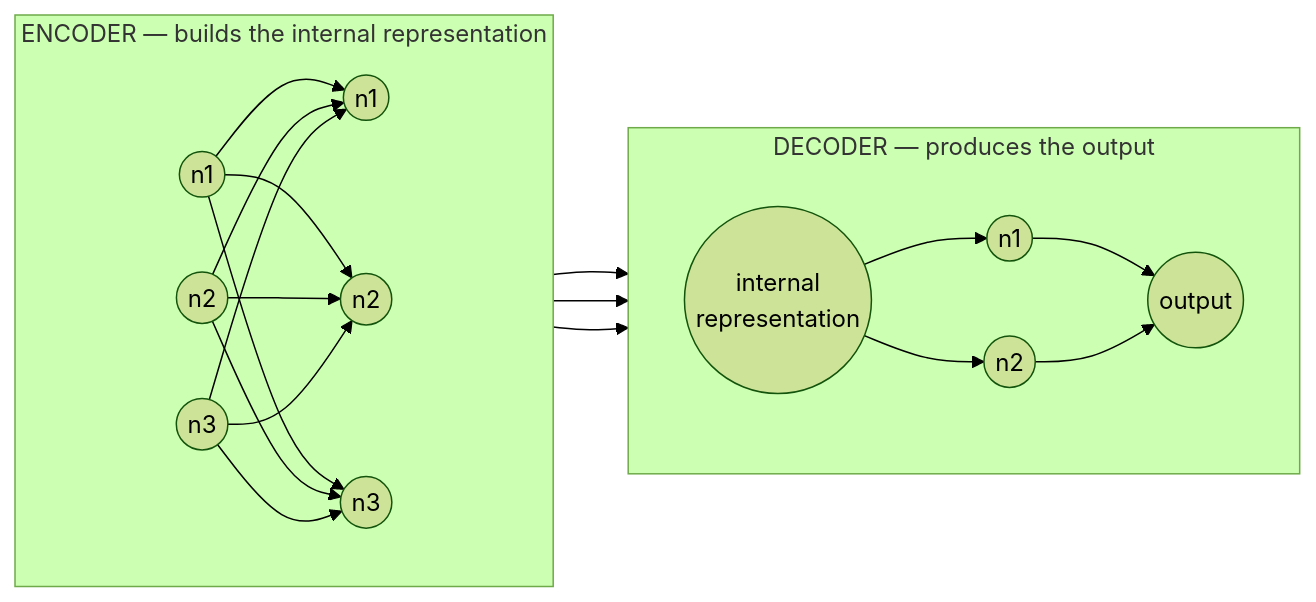
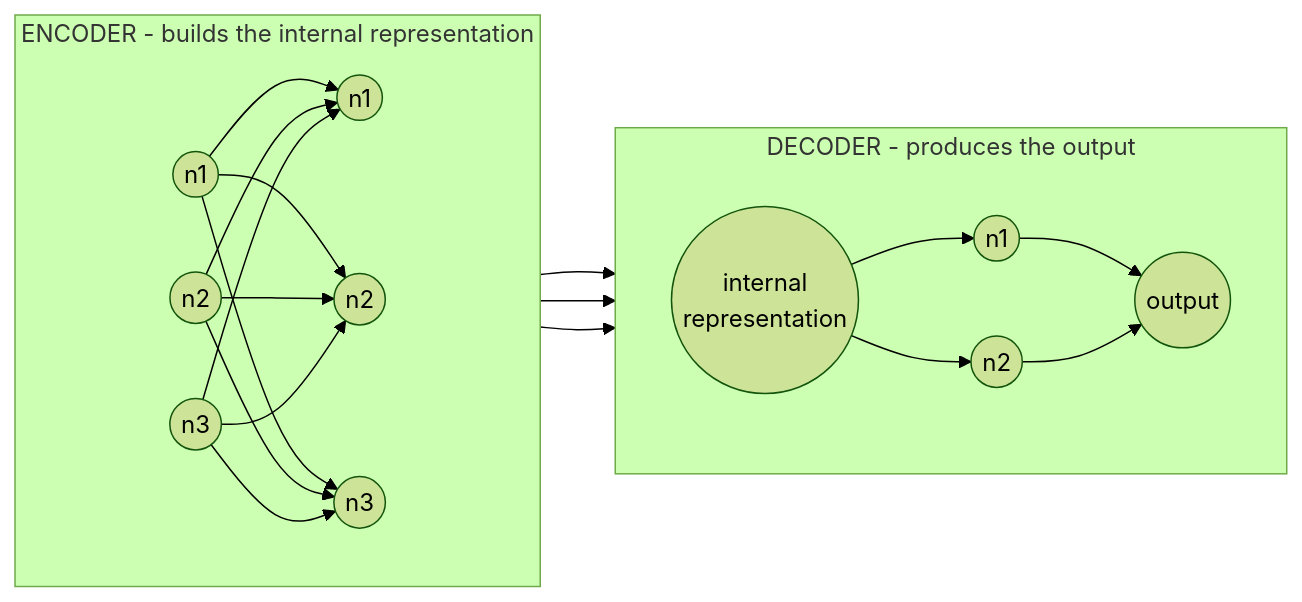
One commit to manojbaliyan16/edgeai-study-notes changed the fifth of 5 diagrams in book-notes/ch02-models.md. Above: the diagram before and after it, drawn with Mermaid (forest theme). The commit also changed other lines of this file and 5 other files, not shown here.

````diff
--- a/book-notes/ch02-models.md
+++ b/book-notes/ch02-models.md
@@ -108,27 +102,27 @@
 ```mermaid
 flowchart LR
-    subgraph ENC["ENCODER — builds the internal representation"]
+    subgraph ENC["ENCODER - builds the internal representation"]
         direction LR
         I1((n1)) --> H1((n1))
         I1 --> H2((n2))
         I1 --> H3((n3))
         I2((n2)) --> H1
         I2 --> H2
         I2 --> H3
         I3((n3)) --> H1
         I3 --> H2
         I3 --> H3
     end
 
     H1 --> R((internal<br/>representation))
     H2 --> R
     H3 --> R
 
-    subgraph DEC["DECODER — produces the output"]
+    subgraph DEC["DECODER - produces the output"]
         direction LR
         R --> H4((n1))
         R --> H5((n2))
         H4 --> O((output))
         H5 --> O
     end
 ```
````
